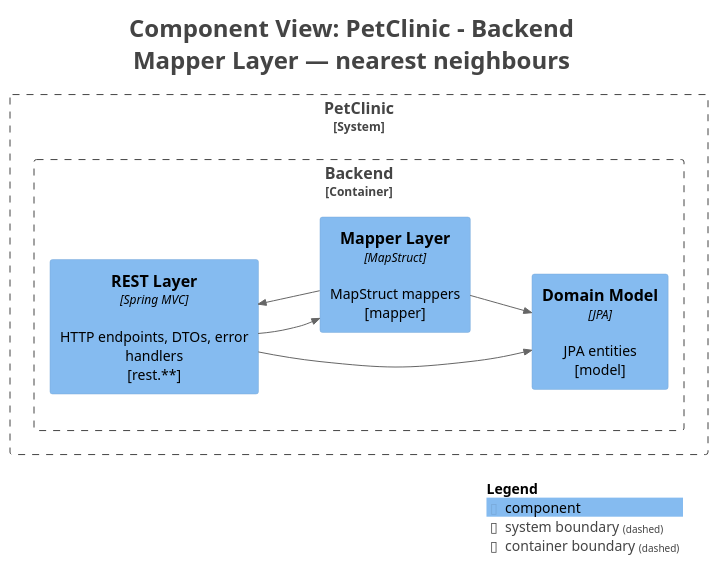
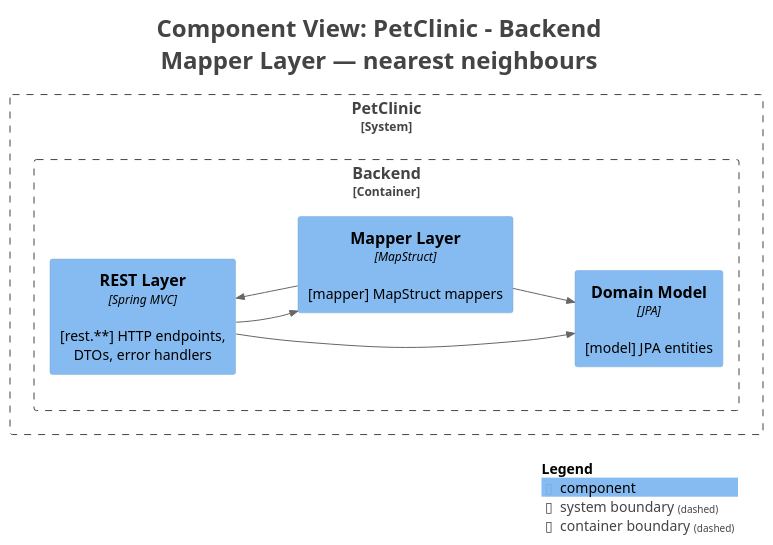
Before and after one commit to victorrentea/petclinic: the diagram in petclinic-backend/docs/generated/c4views/C3-Mapper.puml, drawn with PlantUML. The commit also changed 4 other files, not shown here.

```diff
--- a/petclinic-backend/docs/generated/c4views/C3-Mapper.puml
+++ b/petclinic-backend/docs/generated/c4views/C3-Mapper.puml
@@ -1,34 +1,34 @@
 @startuml
 title <size:24>Component View: PetClinic - Backend</size>\n<size:24>Mapper Layer — nearest neighbours</size>
 
 set separator none
 left to right direction
 
 <style>
   root {
     BackgroundColor: #ffffff
     FontColor: #444444
   }
 </style>
 
 !include <C4/C4>
 !include <C4/C4_Context>
 !include <C4/C4_Component>
 
 System_Boundary("PetClinic_boundary", "PetClinic", $tags="") {
   Container_Boundary("PetClinic.Backend_boundary", "Backend", $tags="") {
-    Component(PetClinic.Backend.RESTLayer, "REST Layer", $techn="Spring MVC", $descr="HTTP endpoints, DTOs, error handlers\n[rest.**]", $tags="", $link="")
-    Component(PetClinic.Backend.DomainModel, "Domain Model", $techn="JPA", $descr="JPA entities\n[model]", $tags="", $link="")
-    Component(PetClinic.Backend.MapperLayer, "Mapper Layer", $techn="MapStruct", $descr="MapStruct mappers\n[mapper]", $tags="", $link="")
+    Component(PetClinic.Backend.RESTLayer, "REST Layer", $techn="Spring MVC", $descr="[rest.**] HTTP endpoints, DTOs, error handlers", $tags="", $link="")
+    Component(PetClinic.Backend.DomainModel, "Domain Model", $techn="JPA", $descr="[model] JPA entities", $tags="", $link="")
+    Component(PetClinic.Backend.MapperLayer, "Mapper Layer", $techn="MapStruct", $descr="[mapper] MapStruct mappers", $tags="", $link="")
   }
 
 }
 
 Rel(PetClinic.Backend.RESTLayer, PetClinic.Backend.MapperLayer, "", $techn="", $tags="", $link="")
 Rel(PetClinic.Backend.RESTLayer, PetClinic.Backend.DomainModel, "", $techn="", $tags="", $link="")
 Rel(PetClinic.Backend.MapperLayer, PetClinic.Backend.RESTLayer, "", $techn="", $tags="", $link="")
 Rel(PetClinic.Backend.MapperLayer, PetClinic.Backend.DomainModel, "", $techn="", $tags="", $link="")
 
 SHOW_LEGEND(true)
 hide stereotypes
 @enduml
```
